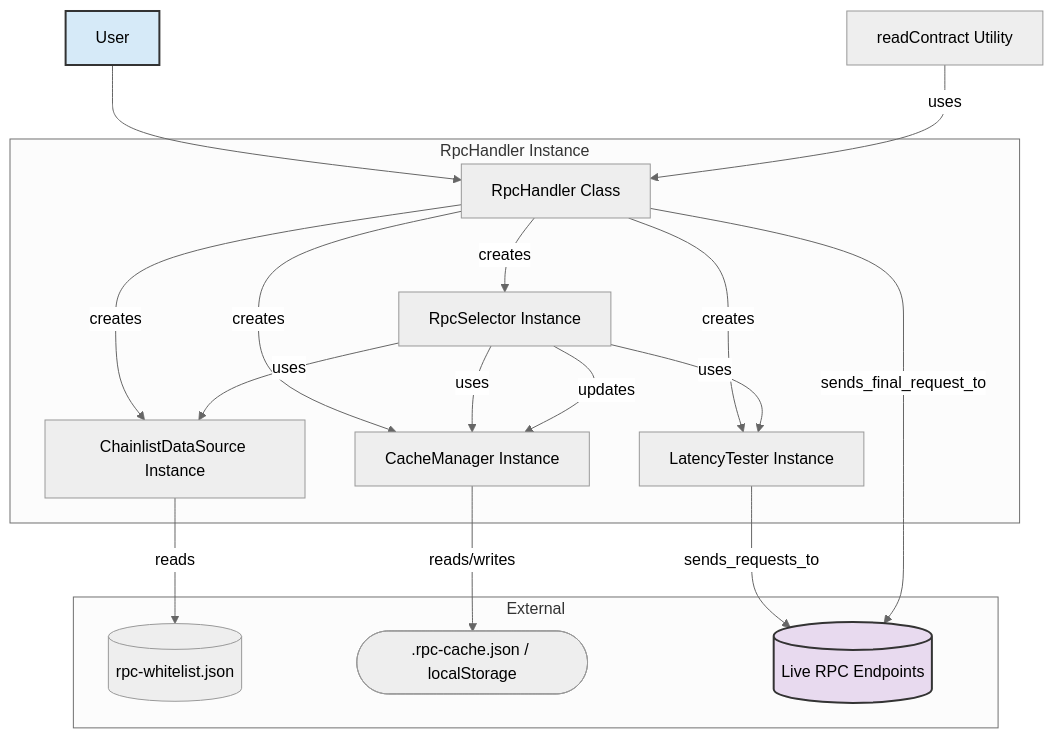
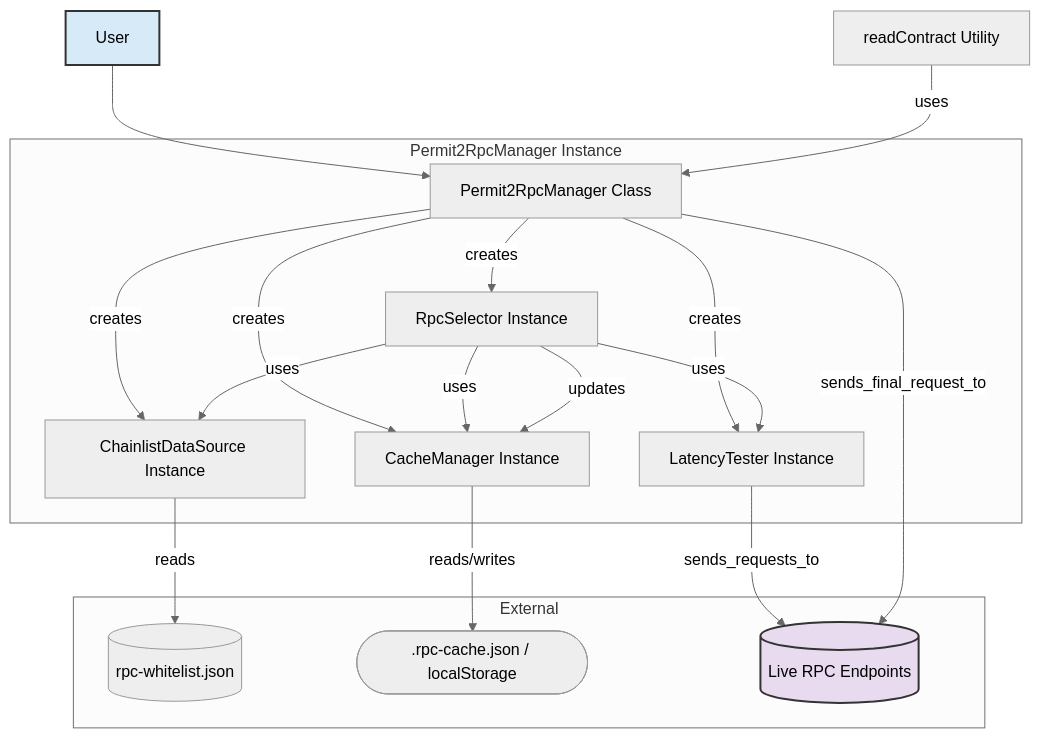
Before and after one commit to ubiquity/rpc-handler: the diagram in docs/active-context-distilled.md, drawn with Mermaid (neutral theme). The commit also changed other lines of this file and 15 other files, not shown here.

Commit message:
refactor: rename RPC handler to Permit2 RPC Manager; update related documentation and code references; enhance package.json and lockfile with new dependencies

````diff
--- a/docs/active-context-distilled.md
+++ b/docs/active-context-distilled.md
@@ -25,38 +25,38 @@
 ```mermaid
 flowchart TD
-    subgraph RpcHandler Instance
-        HandlerAPI[RpcHandler Class]
+    subgraph Permit2RpcManager Instance
+        RpcManagerAPI[Permit2RpcManager Class]
         Selector[RpcSelector Instance]
         Tester[LatencyTester Instance]
         Cache[CacheManager Instance]
         DataSource[ChainlistDataSource Instance]
     end
 
     subgraph External
         Whitelist[(rpc-whitelist.json)]
         CacheFile([.rpc-cache.json / localStorage])
         Network[(Live RPC Endpoints)]
     end
 
-    User --> HandlerAPI
-    HandlerAPI -- creates --> Selector
-    HandlerAPI -- creates --> Tester
-    HandlerAPI -- creates --> Cache
-    HandlerAPI -- creates --> DataSource
+    User --> RpcManagerAPI
+    RpcManagerAPI -- creates --> Selector
+    RpcManagerAPI -- creates --> Tester
+    RpcManagerAPI -- creates --> Cache
+    RpcManagerAPI -- creates --> DataSource
 
     Selector -- uses --> DataSource
     Selector -- uses --> Cache
     Selector -- uses --> Tester
     Selector -- updates --> Cache
 
     DataSource -- reads --> Whitelist
     Cache -- reads/writes --> CacheFile
 
     Tester -- sends_requests_to --> Network
-    HandlerAPI -- sends_final_request_to --> Network
+    RpcManagerAPI -- sends_final_request_to --> Network
 
-    Helper[readContract Utility] -- uses --> HandlerAPI
+    Helper[readContract Utility] -- uses --> RpcManagerAPI
 
     style User fill:#D6EAF8,stroke:#333,stroke-width:2px
     style Network fill:#E8DAEF,stroke:#333,stroke-width:2px
 ```
````
